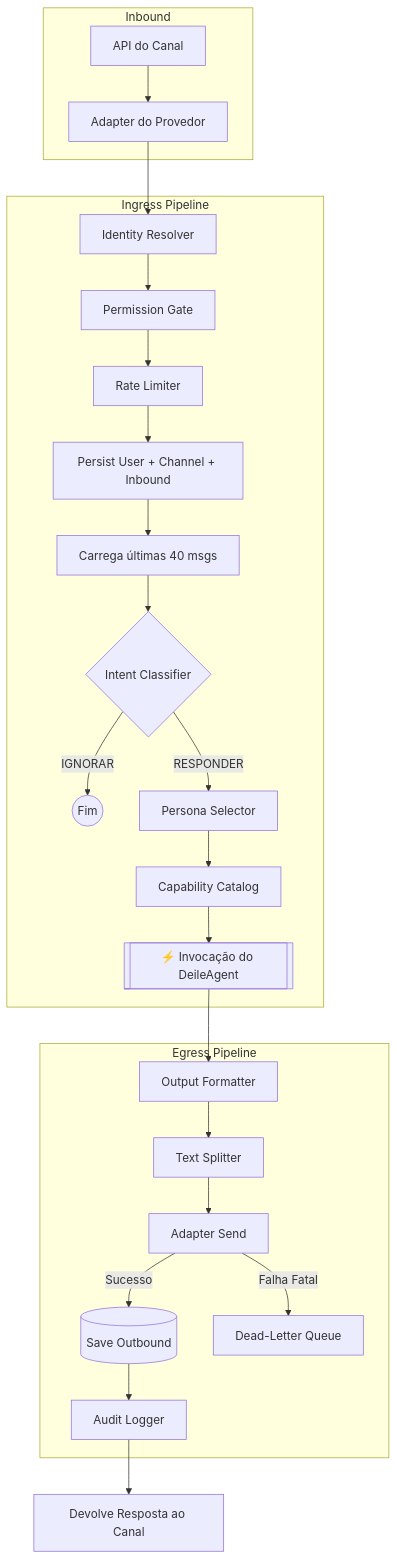
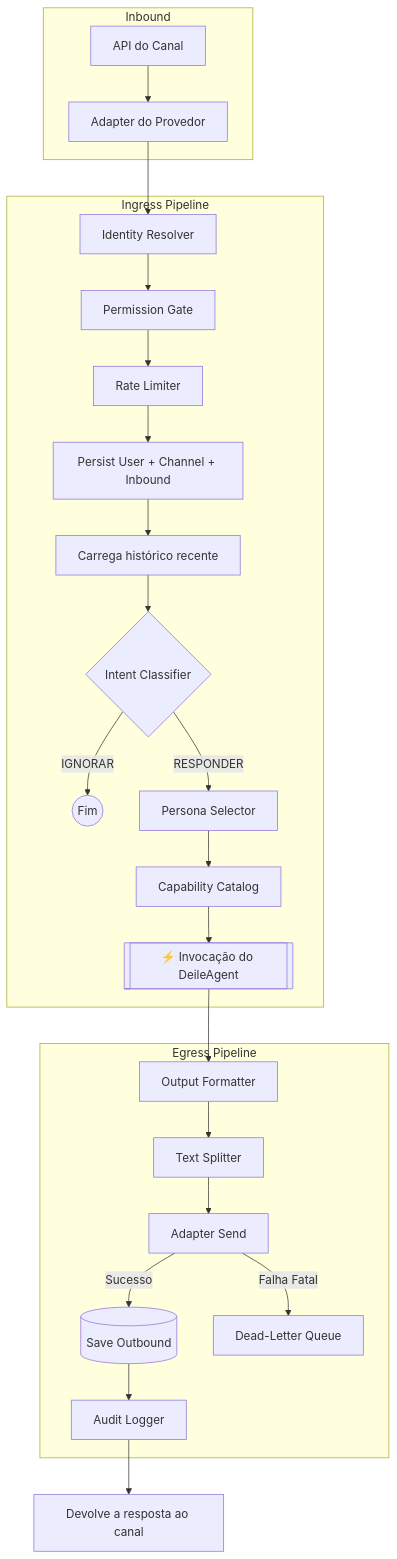
The second of 2 diagrams in README.md (deile-one/deilebot), drawn with Mermaid before and after one commit. The commit also changed other lines of this file and 7 other files, not shown here.

First line of the commit message:
feat(discord): GitHub login slash commands (PAT + OAuth device flow)

````diff
--- a/README.md
+++ b/README.md
@@ -77,30 +139,30 @@
 ```mermaid
 flowchart TD
     subgraph Inbound
         API[API do Canal] --> Ad[Adapter do Provedor]
     end
 
     subgraph Ingress Pipeline
         Ad --> ID[Identity Resolver]
         ID --> Perm[Permission Gate]
         Perm --> RL[Rate Limiter]
         RL --> Persist[Persist User + Channel + Inbound]
-        Persist --> History[Carrega últimas 40 msgs]
+        Persist --> History[Carrega histórico recente]
         History --> Intent{Intent Classifier}
         Intent -- IGNORAR --> Drop((Fim))
         Intent -- RESPONDER --> Persona[Persona Selector]
         Persona --> Caps[Capability Catalog]
         Caps --> Invoke[[⚡ Invocação do DeileAgent]]
     end
 
     subgraph Egress Pipeline
         Invoke --> Form[Output Formatter]
         Form --> Split[Text Splitter]
         Split --> Send[Adapter Send]
         Send -- Sucesso --> DBOut[(Save Outbound)]
         Send -- Falha Fatal --> DLQ[Dead-Letter Queue]
         DBOut --> Audit[Audit Logger]
     end
 
-    Audit --> APIOut[Devolve Resposta ao Canal]
+    Audit --> APIOut[Devolve a resposta ao canal]
 ```
````
